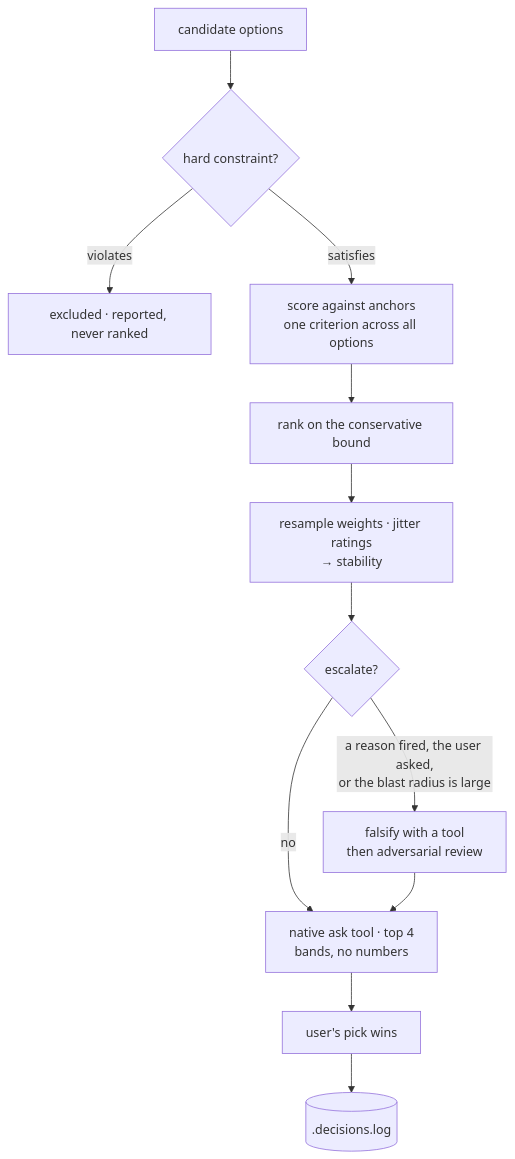
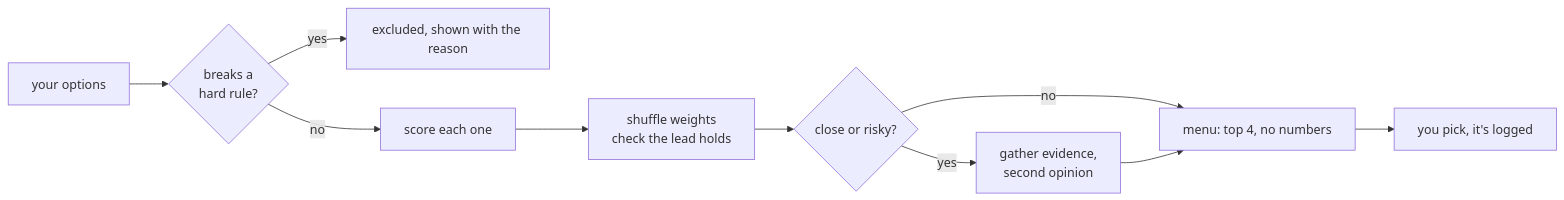
One commit to tomkabel/decision-picker changed the diagram in README.md. Above: the diagram before and after it, drawn with Mermaid. The commit also changed other lines of this file and 1 other file, not shown here.

````diff
--- a/README.md
+++ b/README.md
@@ -145,14 +93,12 @@
 ```mermaid
-flowchart TD
-    A[candidate options] --> B{hard constraint?}
-    B -- violates --> X[excluded · reported, never ranked]
-    B -- satisfies --> C[score against anchors<br/>one criterion across all options]
-    C --> D[rank on the conservative bound]
-    D --> E[resample weights · jitter ratings<br/>→ stability]
-    E --> F{escalate?}
-    F -->|"a reason fired, the user asked,<br/>or the blast radius is large"| G[falsify with a tool<br/>then adversarial review]
-    F -->|no| H
-    G --> H[native ask tool · top 4<br/>bands, no numbers]
-    H --> I[user's pick wins]
-    I --> J[(.decisions.log)]
+flowchart LR
+    A[your options] --> B{breaks a<br/>hard rule?}
+    B -- yes --> X[excluded, shown with the reason]
+    B -- no --> C[score each one]
+    C --> D[shuffle weights<br/>check the lead holds]
+    D --> E{close or risky?}
+    E -- yes --> G[gather evidence,<br/>second opinion]
+    E -- no --> H
+    G --> H[menu: top 4, no numbers]
+    H --> I[you pick, it's logged]
 ```
````
